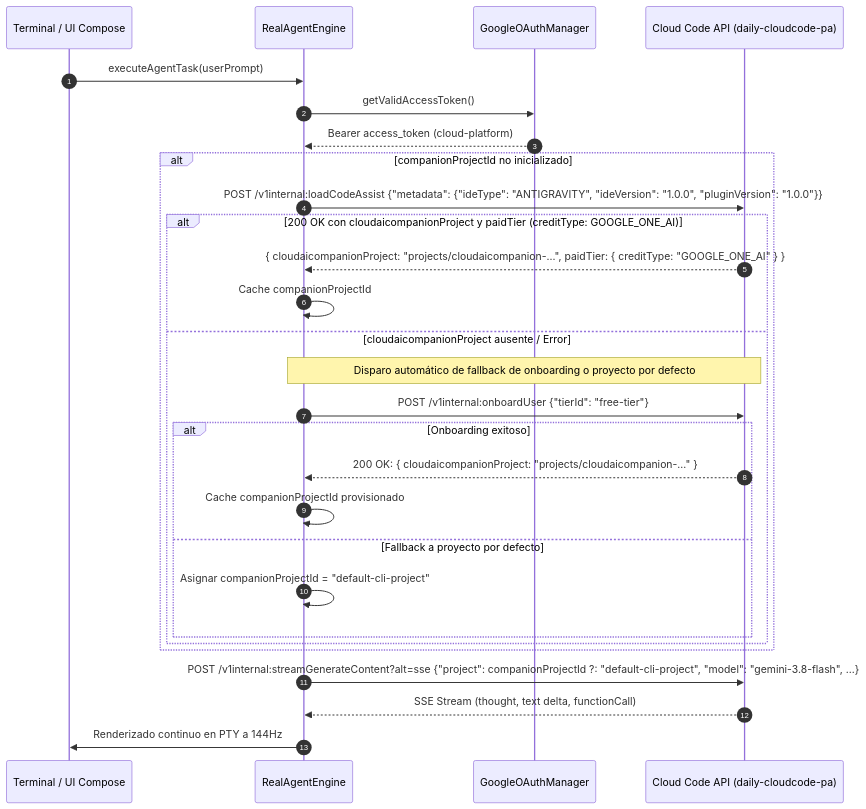
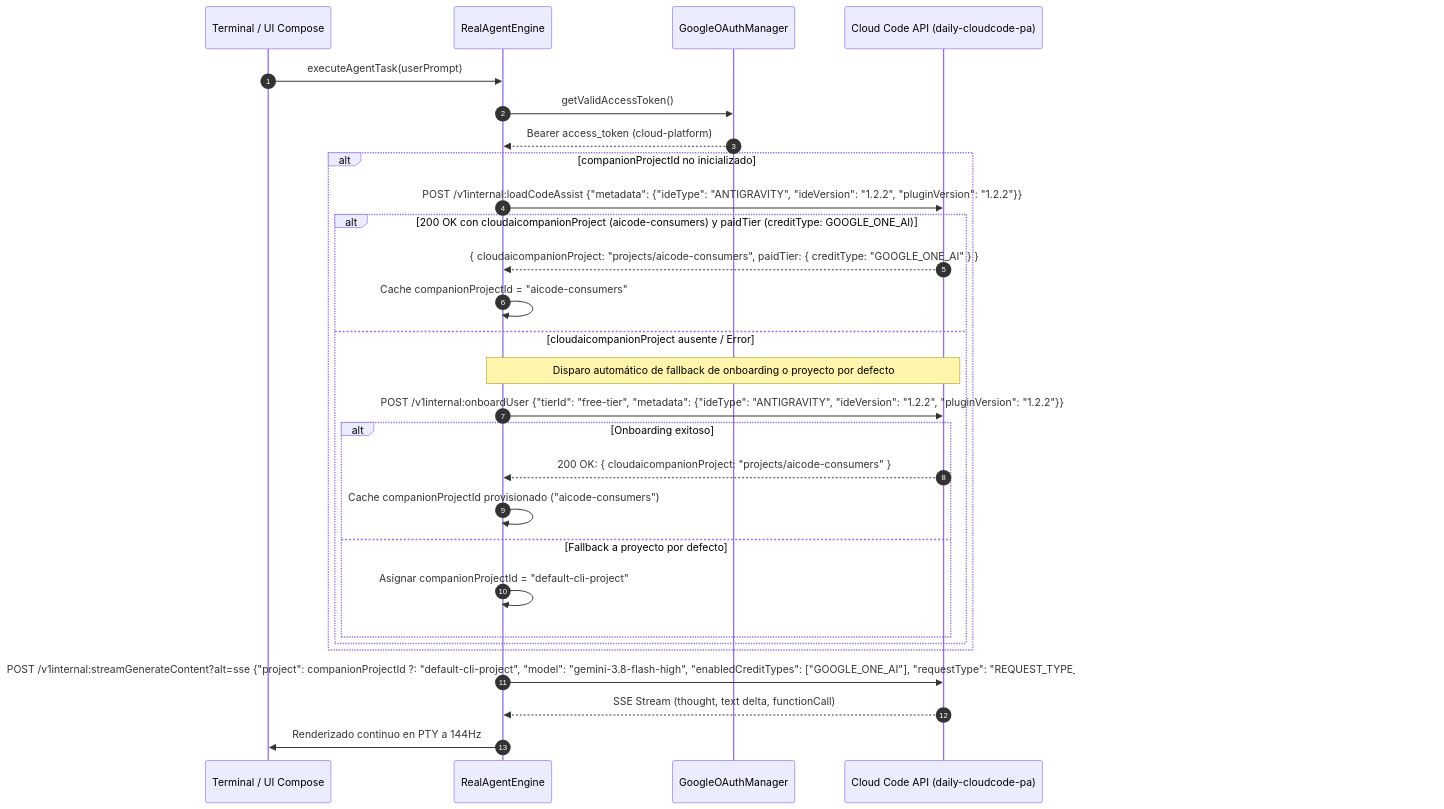
The third of 4 diagrams in specs/02-google-oauth-agent.md (Yhoanes/antigravity-studio), drawn with Mermaid before and after one commit. The commit also changed other lines of this file and 4 other files, not shown here.

Commit message:
feat: enable Google One AI Ultra 200 subscription protocol and canonical model catalog

````diff
--- a/specs/02-google-oauth-agent.md
+++ b/specs/02-google-oauth-agent.md
@@ -421,31 +424,31 @@
 ```mermaid
 sequenceDiagram
     autonumber
     participant UI as Terminal / UI Compose
     participant Engine as RealAgentEngine
     participant Auth as GoogleOAuthManager
     participant CloudCode as Cloud Code API (daily-cloudcode-pa)
 
     UI->>Engine: executeAgentTask(userPrompt)
     Engine->>Auth: getValidAccessToken()
     Auth-->>Engine: Bearer access_token (cloud-platform)
     alt companionProjectId no inicializado
-        Engine->>CloudCode: POST /v1internal:loadCodeAssist {"metadata": {"ideType": "ANTIGRAVITY", "ideVersion": "1.0.0", "pluginVersion": "1.0.0"}}
-        alt 200 OK con cloudaicompanionProject y paidTier (creditType: GOOGLE_ONE_AI)
-            CloudCode-->>Engine: { cloudaicompanionProject: "projects/cloudaicompanion-...", paidTier: { creditType: "GOOGLE_ONE_AI" } }
-            Engine->>Engine: Cache companionProjectId
+        Engine->>CloudCode: POST /v1internal:loadCodeAssist {"metadata": {"ideType": "ANTIGRAVITY", "ideVersion": "1.2.2", "pluginVersion": "1.2.2"}}
+        alt 200 OK con cloudaicompanionProject (aicode-consumers) y paidTier (creditType: GOOGLE_ONE_AI)
+            CloudCode-->>Engine: { cloudaicompanionProject: "projects/aicode-consumers", paidTier: { creditType: "GOOGLE_ONE_AI" } }
+            Engine->>Engine: Cache companionProjectId = "aicode-consumers"
         else cloudaicompanionProject ausente / Error #3501 (SUBSCRIPTION_REQUIRED)
             Note over Engine,CloudCode: Disparo automático de fallback de onboarding o proyecto por defecto
-            Engine->>CloudCode: POST /v1internal:onboardUser {"tierId": "free-tier"}
+            Engine->>CloudCode: POST /v1internal:onboardUser {"tierId": "free-tier", "metadata": {"ideType": "ANTIGRAVITY", "ideVersion": "1.2.2", "pluginVersion": "1.2.2"}}
             alt Onboarding exitoso
-                CloudCode-->>Engine: 200 OK: { cloudaicompanionProject: "projects/cloudaicompanion-..." }
-                Engine->>Engine: Cache companionProjectId provisionado
+                CloudCode-->>Engine: 200 OK: { cloudaicompanionProject: "projects/aicode-consumers" }
+                Engine->>Engine: Cache companionProjectId provisionado ("aicode-consumers")
             else Fallback a proyecto por defecto
                 Engine->>Engine: Asignar companionProjectId = "default-cli-project"
             end
         end
     end
-    Engine->>CloudCode: POST /v1internal:streamGenerateContent?alt=sse {"project": companionProjectId ?: "default-cli-project", "model": "gemini-3.8-flash", ...}
+    Engine->>CloudCode: POST /v1internal:streamGenerateContent?alt=sse {"project": companionProjectId ?: "default-cli-project", "model": "gemini-3.8-flash-high", "enabledCreditTypes": ["GOOGLE_ONE_AI"], "requestType": "REQUEST_TYPE_CASCADE", "userAgent": "antigravity/1.2.2", "requestId": "<UUIDv4>", ...}
     CloudCode-->>Engine: SSE Stream (thought, text delta, functionCall)
     Engine->>UI: Renderizado continuo en PTY a 144Hz
 ```
````
